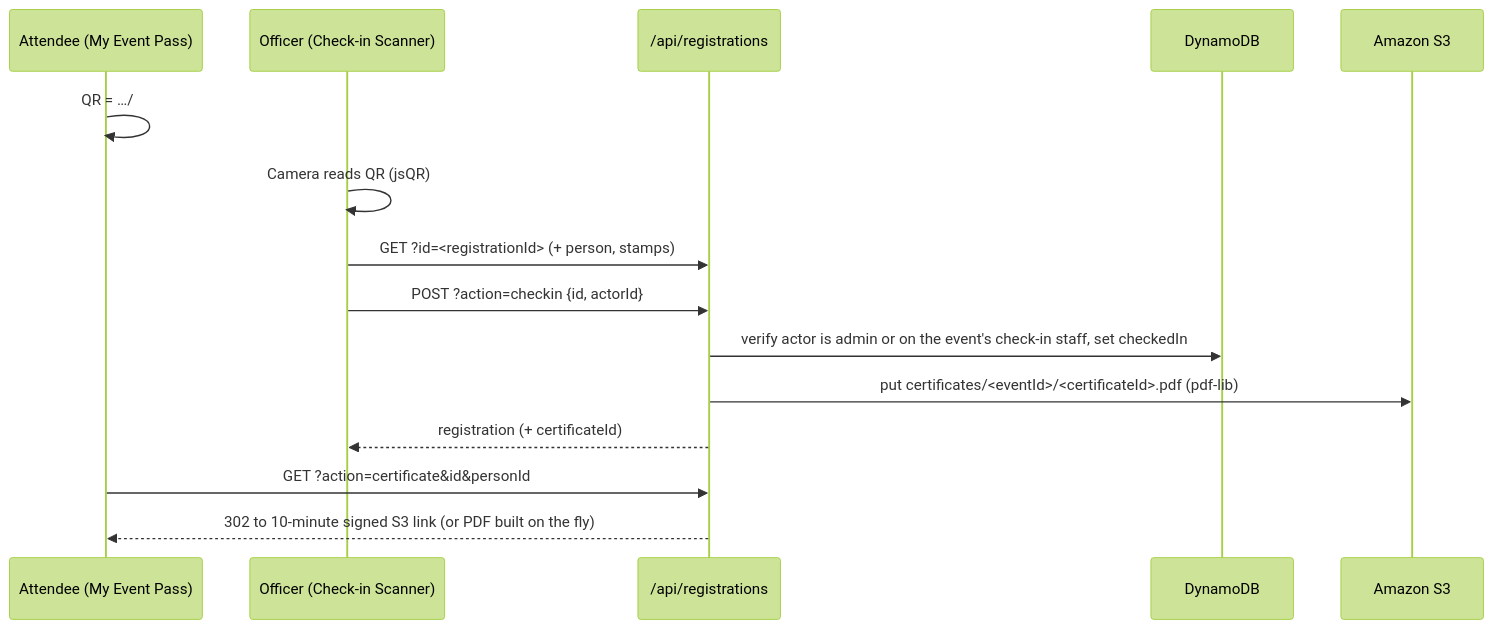
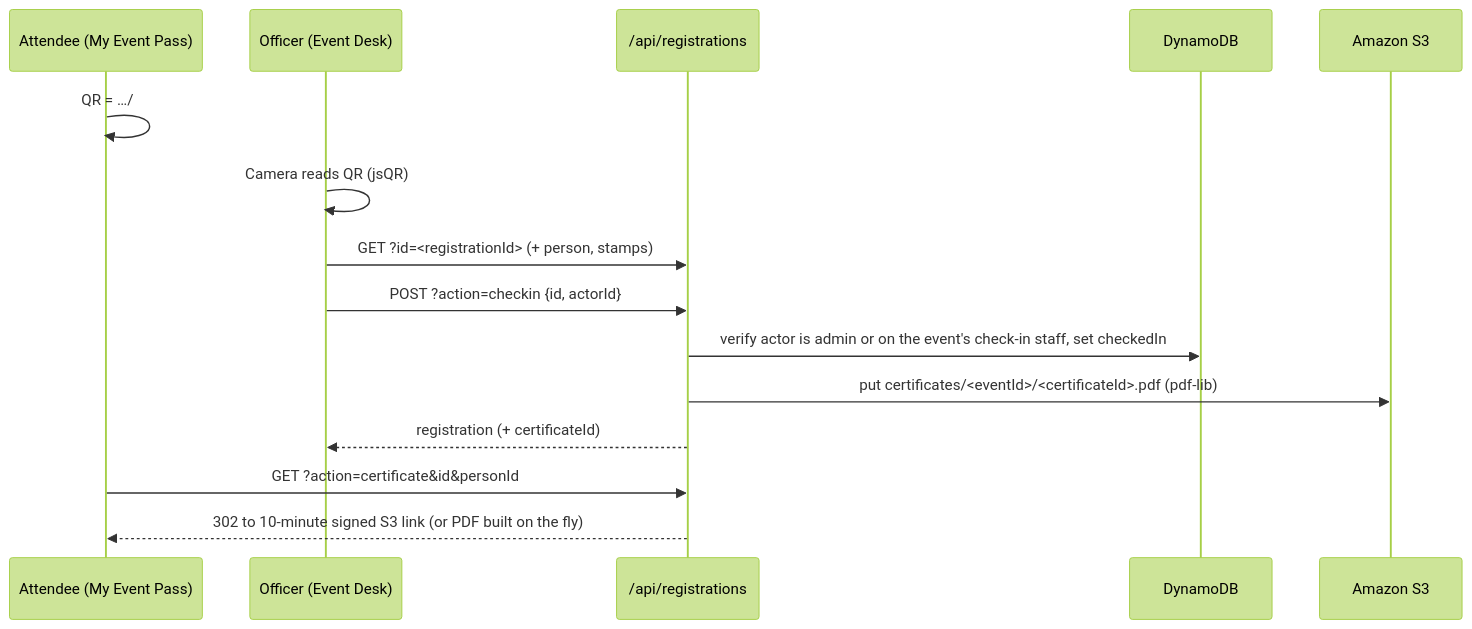
Before and after one commit to mochatakahashi/aws-event-tracker-app: the second of 3 diagrams in ARCHITECTURE.md, drawn with Mermaid (forest theme). The commit also changed other lines of this file and 14 other files, not shown here.

Commit message:
feat: Event Desk with scanner, stamp requests and attendee list; approve stamps after check-in

````diff
--- a/ARCHITECTURE.md
+++ b/ARCHITECTURE.md
@@ -172,17 +172,17 @@
 ```mermaid
 sequenceDiagram
     participant A as Attendee (My Event Pass)
-    participant O as Officer (Check-in Scanner)
+    participant O as Officer (Event Desk)
     participant API as /api/registrations
     participant DB as DynamoDB
     participant S3 as Amazon S3
     A->>A: QR = …/#/officer/scan?pass=<registrationId>
     O->>O: Camera reads QR (jsQR)
     O->>API: GET ?id=<registrationId> (+ person, stamps)
     O->>API: POST ?action=checkin {id, actorId}
     API->>DB: verify actor is admin or on the event's check-in staff, set checkedIn
     API->>S3: put certificates/<eventId>/<certificateId>.pdf (pdf-lib)
     API-->>O: registration (+ certificateId)
     A->>API: GET ?action=certificate&id&personId
     API-->>A: 302 to 10-minute signed S3 link (or PDF built on the fly)
 ```
````
